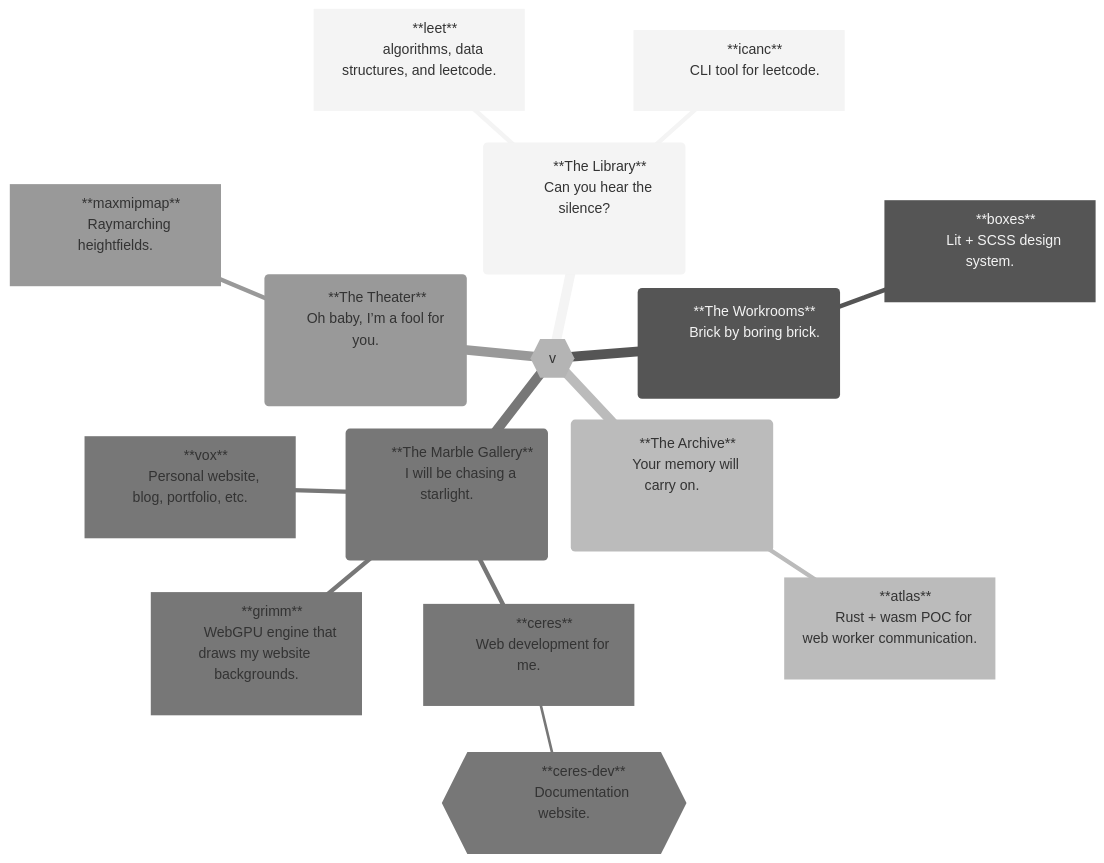
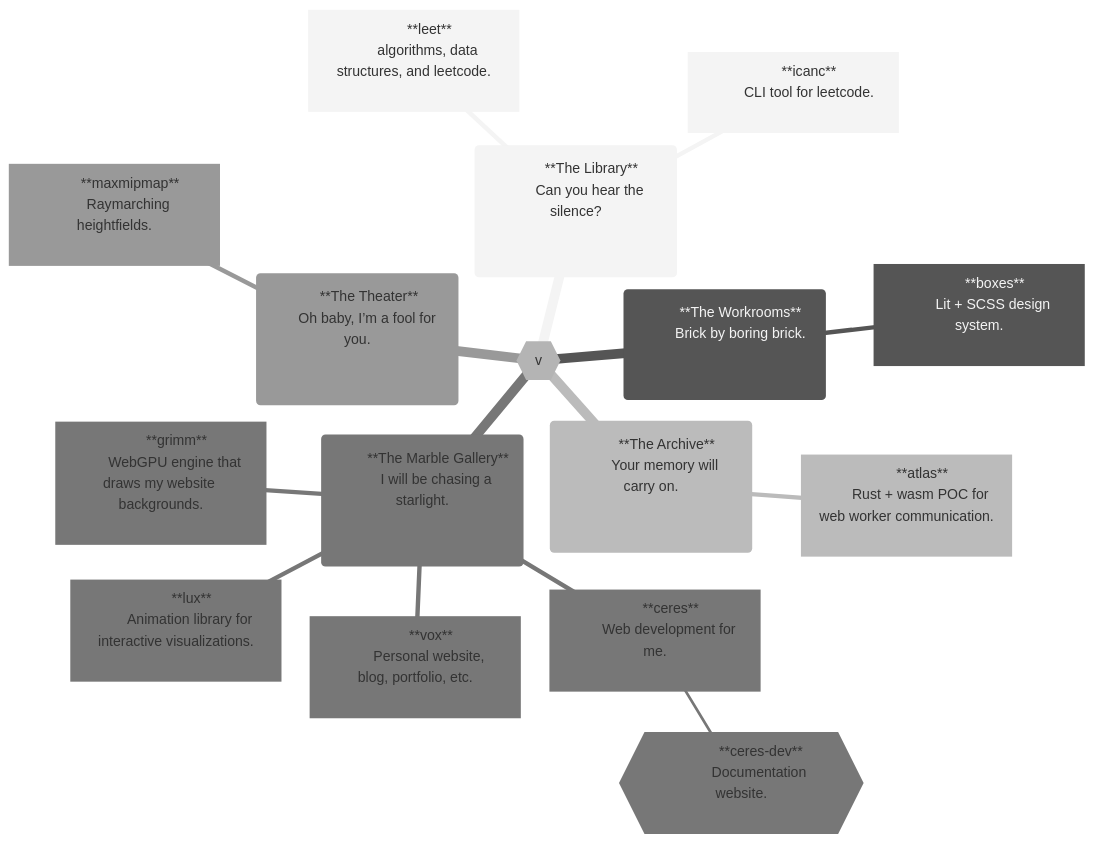
Before and after one commit to voxelstack/voxelstack: the diagram in README.md, drawn with Mermaid (neutral theme).

````diff
--- a/README.md
+++ b/README.md
@@ -4,66 +4,70 @@
 ```mermaid
 mindmap
   root{{v}}
     (
         **The Library**
         Can you hear the silence?
         <!-- Can you see the dark? -->
     )
       [
         **leet**
         algorithms, data structures, and leetcode.
       ]
       [
         **icanc**
         CLI tool for leetcode.
       ]
     (
         <!-- The word "workshop" was taken from us. -->
         **The Workrooms**
         Brick by boring brick.
         <!-- Or the wolf's gonna blow it down. -->
     )
       [
         **boxes**
         Lit + SCSS design system.
       ]
     (
         **The Archive**
         Your memory will carry on.
         <!-- We'll carry on. -->
     )
       [
         **atlas**
         Rust + wasm POC for web worker communication.
       ]
     (
         **The Marble Gallery**
         I will be chasing a starlight.
         <!-- Until the end of my life. -->
     )
       [
         **ceres**
         Web development for me.
       ]
         {{
           **ceres-dev**
           Documentation website.
         }}
       [
         **grimm**
         WebGPU engine that draws my website backgrounds.
       ]
       [
         **vox**
         Personal website, blog, portfolio, etc.
       ]
+      [
+        **lux**
+        Animation library for interactive visualizations.
+      ]
     (
       **The Theater**
       Oh baby, I’m a fool for you.
       <!-- You're the queen of the superficial. -->
     )
       [
         **maxmipmap**
         Raymarching heightfields.
       ]
 ```
````
